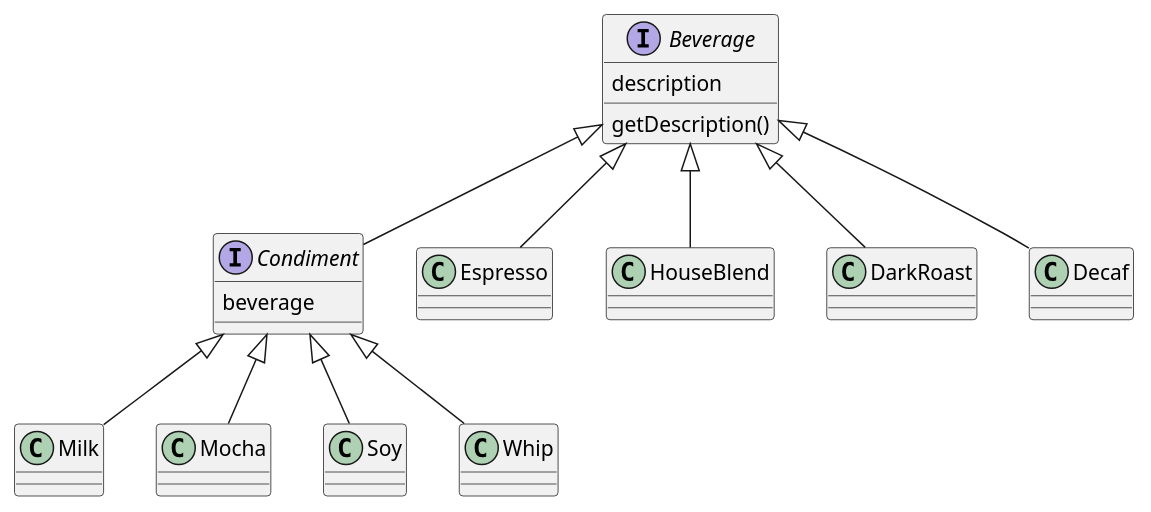
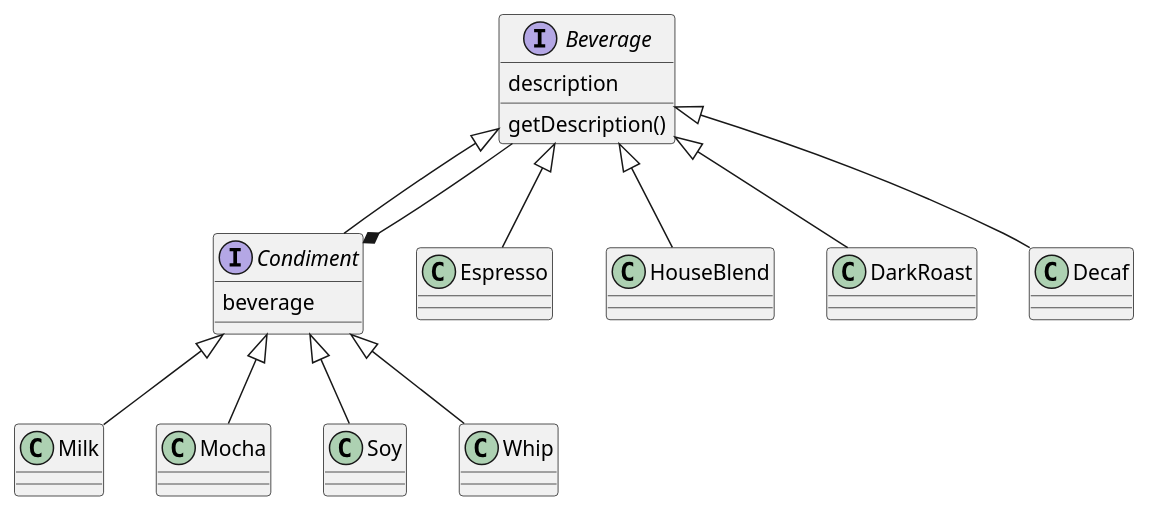
Before and after one commit to gama79530/DesignPattern: the diagram in DecoratorPattern/DecoratorPattern.puml, drawn with PlantUML.

Commit message:
update Decorator Pattern

```diff
--- a/DecoratorPattern/DecoratorPattern.puml
+++ b/DecoratorPattern/DecoratorPattern.puml
@@ -1,23 +1,25 @@
 @startuml
 
 interface Beverage{
     description
     getDescription()
 }
 
 interface Condiment{
     beverage
 }
 
 Beverage <|-- Espresso
 Beverage <|-- HouseBlend
 Beverage <|-- DarkRoast
 Beverage <|-- Decaf
 Beverage <|-- Condiment
 
 Condiment <|-- Milk
 Condiment <|-- Mocha
 Condiment <|-- Soy
 Condiment <|-- Whip
 
+Condiment *-- Beverage
+
 @enduml
```
